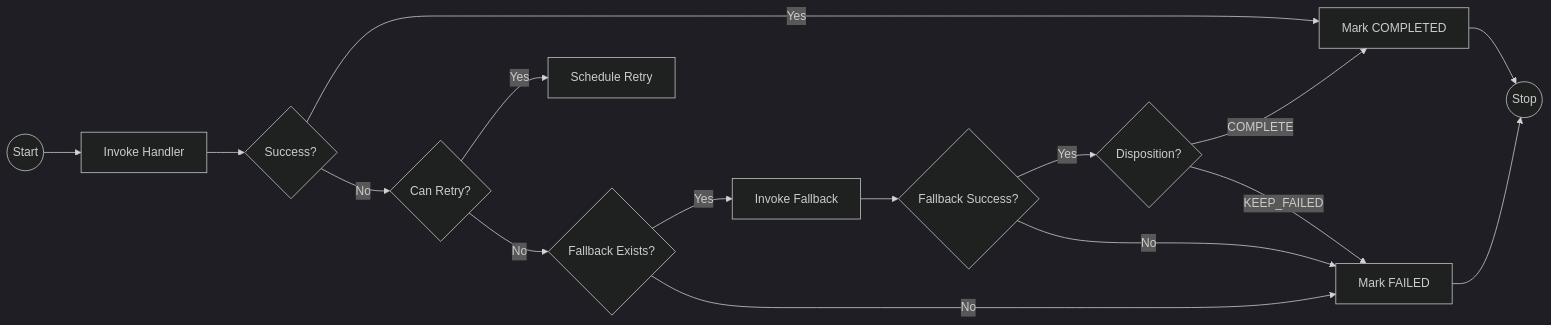
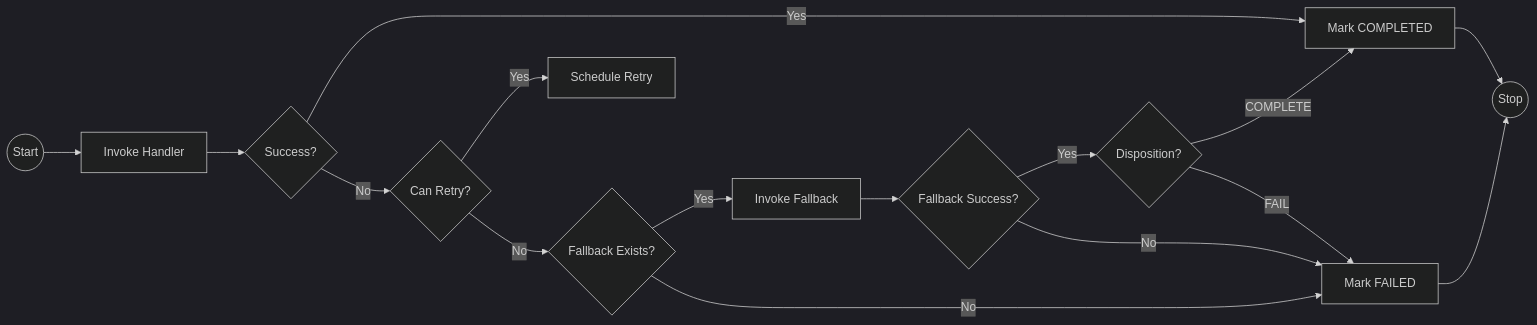
One commit to namastack/namastack-outbox changed the first of 4 diagrams in namastack-outbox-docs/docs/reference/processing.md. Above: the diagram before and after it, drawn with Mermaid (dark theme). The commit also changed other lines of this file and 9 other files, not shown here.

Commit message:
GH-500 rename fallback disposition KEEP_FAILED to FAIL

````diff
--- a/namastack-outbox-docs/docs/reference/processing.md
+++ b/namastack-outbox-docs/docs/reference/processing.md
@@ -26,25 +26,25 @@
 ```mermaid
 flowchart LR
     A((Start)) --> B[Invoke Handler]
     B --> C{Success?}
 
     C -- Yes --> Z[Mark COMPLETED]
     C -- No --> D{Can Retry?}
 
     D -- Yes --> E[Schedule Retry]
 
     D -- No --> F{Fallback Exists?}
 
     F -- Yes --> G[Invoke Fallback]
     G --> H{Fallback Success?}
 
     H -- Yes --> I{Disposition?}
     I -- COMPLETE --> Z
-    I -- KEEP_FAILED --> Y
+    I -- FAIL --> Y
     H -- No --> Y[Mark FAILED]
 
     F -- No --> Y
 
     Y --> S((Stop))
     Z --> S((Stop))
 ```
````
